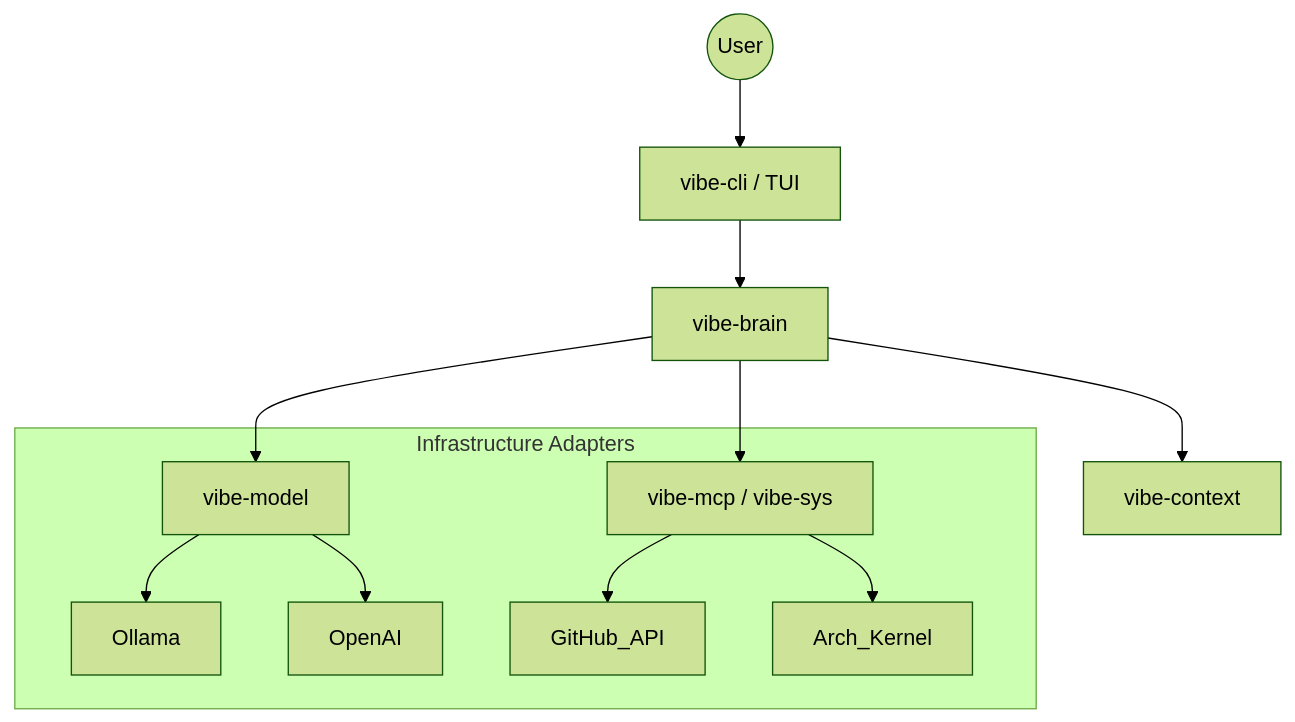
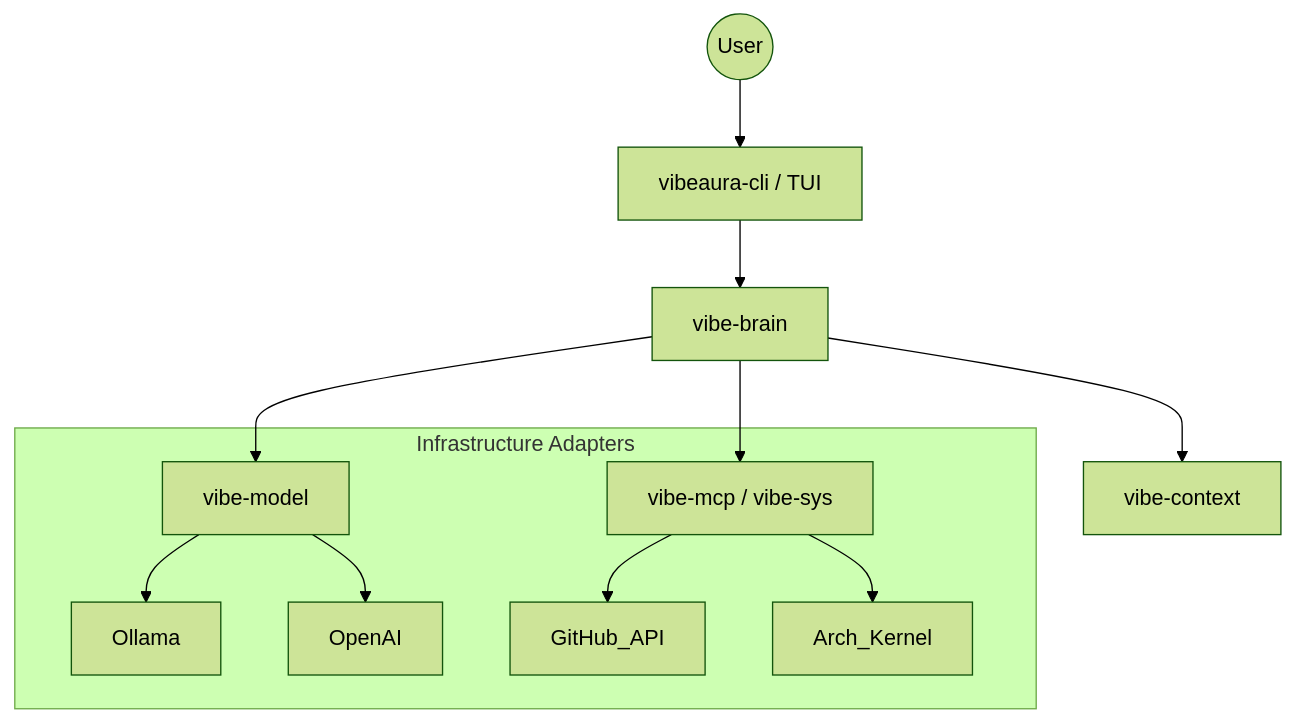
One commit to nathfavour/vibeauracle changed the diagram in ARCHITECTURE.md. Above: the diagram before and after it, drawn with Mermaid (forest theme). The commit also changed other lines of this file and 10 other files, not shown here.

Commit message:
⬆️ Update workflow, architecture, Dockerfile, README, and various Go files with improvements and new dependencies.

````diff
--- a/ARCHITECTURE.md
+++ b/ARCHITECTURE.md
@@ -28,15 +28,15 @@
 ```mermaid
 graph TD
-    User((User)) --> TUI[vibe-cli / TUI]
+    User((User)) --> TUI[vibeaura-cli / TUI]
     TUI --> Brain[vibe-brain]
     Brain --> Context[vibe-context]
     Brain --> Tools[vibe-mcp / vibe-sys]
     Brain --> Model[vibe-model]
 
     subgraph "Infrastructure Adapters"
         Model --> Ollama
         Model --> OpenAI
         Tools --> GitHub_API
         Tools --> Arch_Kernel
     end
 ```
````
